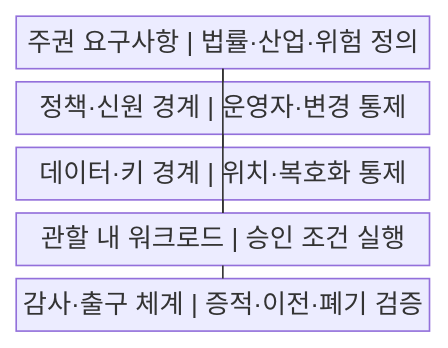
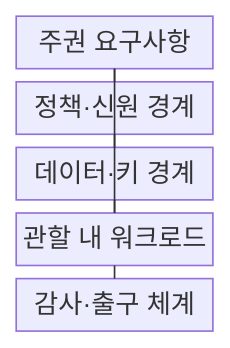
One commit to agnusdei1207/knowledge-base changed the first of 2 diagrams in src/content/docs/notes/03-software/168_sovereign_cloud.md. Above: the diagram before and after it, drawn with Mermaid. The commit also changed other lines of this file and 238 other files, not shown here.

````diff
--- a/src/content/docs/notes/03-software/168_sovereign_cloud.md
+++ b/src/content/docs/notes/03-software/168_sovereign_cloud.md
@@ -54,14 +54,14 @@
 ```mermaid
-block
+block-beta
     columns 1
-    A["주권 요구사항 | 법률·산업·위험 정의"]
-    B["정책·신원 경계 | 운영자·변경 통제"]
-    C["데이터·키 경계 | 위치·복호화 통제"]
-    D["관할 내 워크로드 | 승인 조건 실행"]
-    E["감사·출구 체계 | 증적·이전·폐기 검증"]
+    A["주권 요구사항"]
+    B["정책·신원 경계"]
+    C["데이터·키 경계"]
+    D["관할 내 워크로드"]
+    E["감사·출구 체계"]
     A --- B
     A --- C
     B --- D
     C --- D
     D --- E
 ```
````
